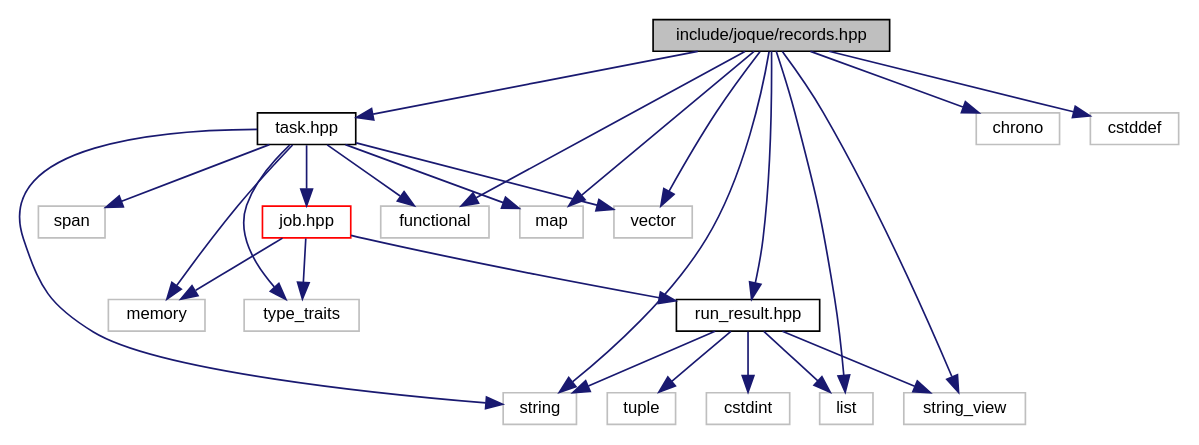
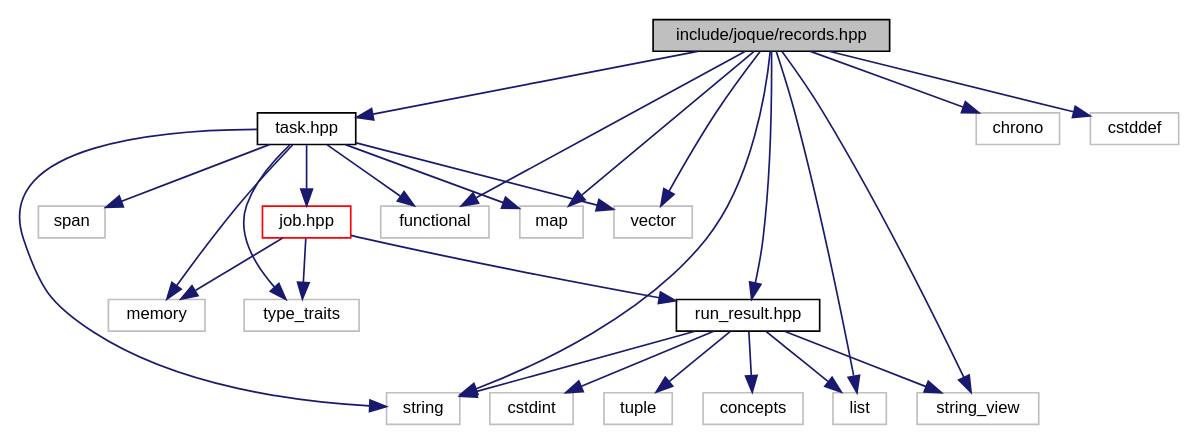
One commit to koniarik/joque changed the diagram in records_8hpp__incl.dot. Above: the diagram before and after it, drawn with Graphviz. The commit also changed 135 other files, not shown here.

```diff
--- a/records_8hpp__incl.dot
+++ b/records_8hpp__incl.dot
@@ -1,49 +1,51 @@
 digraph "include/joque/records.hpp"
 {
  // LATEX_PDF_SIZE
   edge [fontname="Helvetica",fontsize="10",labelfontname="Helvetica",labelfontsize="10"];
   node [fontname="Helvetica",fontsize="10",shape=record];
   Node1 [label="include/joque/records.hpp",height=0.2,width=0.4,color="black", fillcolor="grey75", style="filled", fontcolor="black",tooltip=" "];
   Node1 -> Node2 [color="midnightblue",fontsize="10",style="solid",fontname="Helvetica"];
   Node2 [label="run_result.hpp",height=0.2,width=0.4,color="black", fillcolor="white", style="filled",URL="$run__result_8hpp.html",tooltip=" "];
   Node2 -> Node3 [color="midnightblue",fontsize="10",style="solid",fontname="Helvetica"];
-  Node3 [label="cstdint",height=0.2,width=0.4,color="grey75", fillcolor="white", style="filled",tooltip=" "];
+  Node3 [label="concepts",height=0.2,width=0.4,color="grey75", fillcolor="white", style="filled",tooltip=" "];
   Node2 -> Node4 [color="midnightblue",fontsize="10",style="solid",fontname="Helvetica"];
-  Node4 [label="list",height=0.2,width=0.4,color="grey75", fillcolor="white", style="filled",tooltip=" "];
+  Node4 [label="cstdint",height=0.2,width=0.4,color="grey75", fillcolor="white", style="filled",tooltip=" "];
   Node2 -> Node5 [color="midnightblue",fontsize="10",style="solid",fontname="Helvetica"];
-  Node5 [label="string",height=0.2,width=0.4,color="grey75", fillcolor="white", style="filled",tooltip=" "];
+  Node5 [label="list",height=0.2,width=0.4,color="grey75", fillcolor="white", style="filled",tooltip=" "];
   Node2 -> Node6 [color="midnightblue",fontsize="10",style="solid",fontname="Helvetica"];
-  Node6 [label="string_view",height=0.2,width=0.4,color="grey75", fillcolor="white", style="filled",tooltip=" "];
+  Node6 [label="string",height=0.2,width=0.4,color="grey75", fillcolor="white", style="filled",tooltip=" "];
   Node2 -> Node7 [color="midnightblue",fontsize="10",style="solid",fontname="Helvetica"];
-  Node7 [label="tuple",height=0.2,width=0.4,color="grey75", fillcolor="white", style="filled",tooltip=" "];
-  Node1 -> Node8 [color="midnightblue",fontsize="10",style="solid",fontname="Helvetica"];
-  Node8 [label="task.hpp",height=0.2,width=0.4,color="black", fillcolor="white", style="filled",URL="$task_8hpp.html",tooltip=" "];
-  Node8 -> Node9 [color="midnightblue",fontsize="10",style="solid",fontname="Helvetica"];
-  Node9 [label="job.hpp",height=0.2,width=0.4,color="red", fillcolor="white", style="filled",URL="$job_8hpp.html",tooltip=" "];
-  Node9 -> Node2 [color="midnightblue",fontsize="10",style="solid",fontname="Helvetica"];
-  Node9 -> Node11 [color="midnightblue",fontsize="10",style="solid",fontname="Helvetica"];
-  Node11 [label="memory",height=0.2,width=0.4,color="grey75", fillcolor="white", style="filled",tooltip=" "];
+  Node7 [label="string_view",height=0.2,width=0.4,color="grey75", fillcolor="white", style="filled",tooltip=" "];
+  Node2 -> Node8 [color="midnightblue",fontsize="10",style="solid",fontname="Helvetica"];
+  Node8 [label="tuple",height=0.2,width=0.4,color="grey75", fillcolor="white", style="filled",tooltip=" "];
+  Node1 -> Node9 [color="midnightblue",fontsize="10",style="solid",fontname="Helvetica"];
+  Node9 [label="task.hpp",height=0.2,width=0.4,color="black", fillcolor="white", style="filled",URL="$task_8hpp.html",tooltip=" "];
+  Node9 -> Node10 [color="midnightblue",fontsize="10",style="solid",fontname="Helvetica"];
+  Node10 [label="job.hpp",height=0.2,width=0.4,color="red", fillcolor="white", style="filled",URL="$job_8hpp.html",tooltip=" "];
+  Node10 -> Node2 [color="midnightblue",fontsize="10",style="solid",fontname="Helvetica"];
+  Node10 -> Node12 [color="midnightblue",fontsize="10",style="solid",fontname="Helvetica"];
+  Node12 [label="memory",height=0.2,width=0.4,color="grey75", fillcolor="white", style="filled",tooltip=" "];
+  Node10 -> Node13 [color="midnightblue",fontsize="10",style="solid",fontname="Helvetica"];
+  Node13 [label="type_traits",height=0.2,width=0.4,color="grey75", fillcolor="white", style="filled",tooltip=" "];
+  Node9 -> Node14 [color="midnightblue",fontsize="10",style="solid",fontname="Helvetica"];
+  Node14 [label="functional",height=0.2,width=0.4,color="grey75", fillcolor="white", style="filled",tooltip=" "];
+  Node9 -> Node15 [color="midnightblue",fontsize="10",style="solid",fontname="Helvetica"];
+  Node15 [label="map",height=0.2,width=0.4,color="grey75", fillcolor="white", style="filled",tooltip=" "];
   Node9 -> Node12 [color="midnightblue",fontsize="10",style="solid",fontname="Helvetica"];
-  Node12 [label="type_traits",height=0.2,width=0.4,color="grey75", fillcolor="white", style="filled",tooltip=" "];
-  Node8 -> Node13 [color="midnightblue",fontsize="10",style="solid",fontname="Helvetica"];
-  Node13 [label="functional",height=0.2,width=0.4,color="grey75", fillcolor="white", style="filled",tooltip=" "];
-  Node8 -> Node14 [color="midnightblue",fontsize="10",style="solid",fontname="Helvetica"];
-  Node14 [label="map",height=0.2,width=0.4,color="grey75", fillcolor="white", style="filled",tooltip=" "];
-  Node8 -> Node11 [color="midnightblue",fontsize="10",style="solid",fontname="Helvetica"];
-  Node8 -> Node15 [color="midnightblue",fontsize="10",style="solid",fontname="Helvetica"];
-  Node15 [label="span",height=0.2,width=0.4,color="grey75", fillcolor="white", style="filled",tooltip=" "];
-  Node8 -> Node5 [color="midnightblue",fontsize="10",style="solid",fontname="Helvetica"];
-  Node8 -> Node12 [color="midnightblue",fontsize="10",style="solid",fontname="Helvetica"];
-  Node8 -> Node16 [color="midnightblue",fontsize="10",style="solid",fontname="Helvetica"];
-  Node16 [label="vector",height=0.2,width=0.4,color="grey75", fillcolor="white", style="filled",tooltip=" "];
-  Node1 -> Node17 [color="midnightblue",fontsize="10",style="solid",fontname="Helvetica"];
-  Node17 [label="chrono",height=0.2,width=0.4,color="grey75", fillcolor="white", style="filled",tooltip=" "];
+  Node9 -> Node16 [color="midnightblue",fontsize="10",style="solid",fontname="Helvetica"];
+  Node16 [label="span",height=0.2,width=0.4,color="grey75", fillcolor="white", style="filled",tooltip=" "];
+  Node9 -> Node6 [color="midnightblue",fontsize="10",style="solid",fontname="Helvetica"];
+  Node9 -> Node13 [color="midnightblue",fontsize="10",style="solid",fontname="Helvetica"];
+  Node9 -> Node17 [color="midnightblue",fontsize="10",style="solid",fontname="Helvetica"];
+  Node17 [label="vector",height=0.2,width=0.4,color="grey75", fillcolor="white", style="filled",tooltip=" "];
   Node1 -> Node18 [color="midnightblue",fontsize="10",style="solid",fontname="Helvetica"];
-  Node18 [label="cstddef",height=0.2,width=0.4,color="grey75", fillcolor="white", style="filled",tooltip=" "];
-  Node1 -> Node13 [color="midnightblue",fontsize="10",style="solid",fontname="Helvetica"];
-  Node1 -> Node4 [color="midnightblue",fontsize="10",style="solid",fontname="Helvetica"];
+  Node18 [label="chrono",height=0.2,width=0.4,color="grey75", fillcolor="white", style="filled",tooltip=" "];
+  Node1 -> Node19 [color="midnightblue",fontsize="10",style="solid",fontname="Helvetica"];
+  Node19 [label="cstddef",height=0.2,width=0.4,color="grey75", fillcolor="white", style="filled",tooltip=" "];
   Node1 -> Node14 [color="midnightblue",fontsize="10",style="solid",fontname="Helvetica"];
   Node1 -> Node5 [color="midnightblue",fontsize="10",style="solid",fontname="Helvetica"];
+  Node1 -> Node15 [color="midnightblue",fontsize="10",style="solid",fontname="Helvetica"];
   Node1 -> Node6 [color="midnightblue",fontsize="10",style="solid",fontname="Helvetica"];
-  Node1 -> Node16 [color="midnightblue",fontsize="10",style="solid",fontname="Helvetica"];
+  Node1 -> Node7 [color="midnightblue",fontsize="10",style="solid",fontname="Helvetica"];
+  Node1 -> Node17 [color="midnightblue",fontsize="10",style="solid",fontname="Helvetica"];
 }
```
